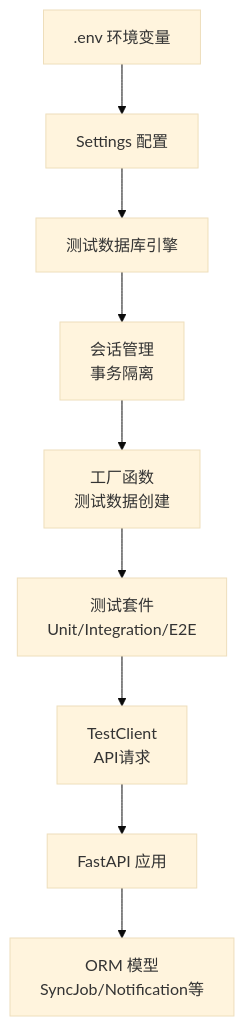
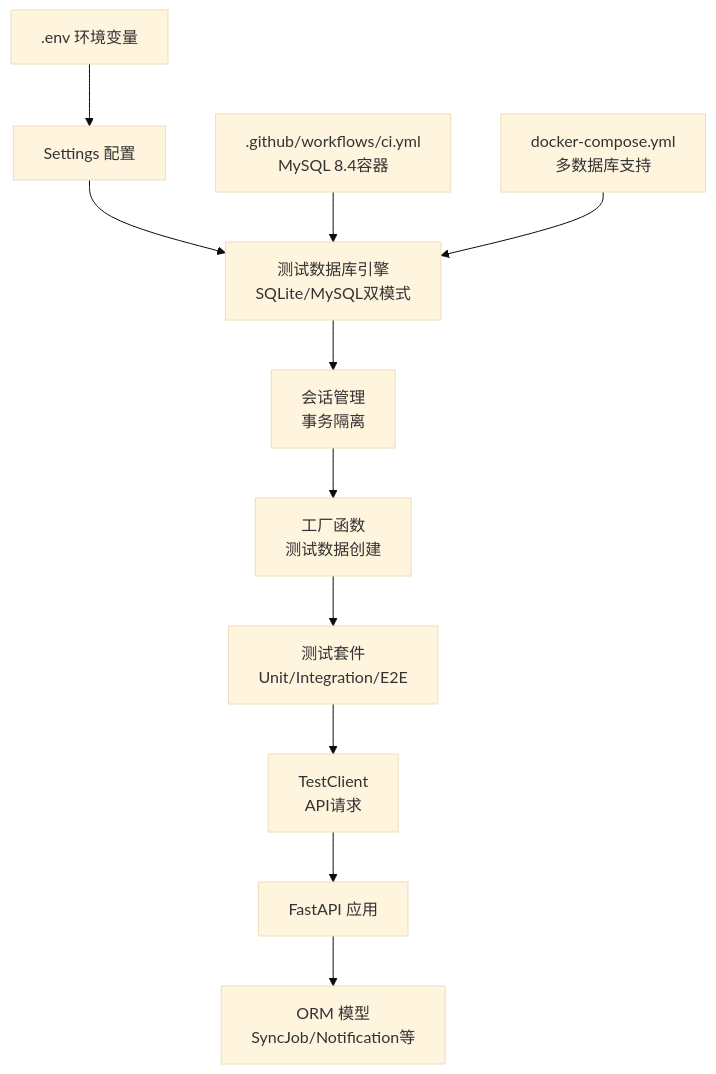
Before and after one commit to gujialind/InvestRing: the second of 4 diagrams in .qoder/repowiki/zh/content/开发指南/测试策略/测试环境配置.md, drawn with Mermaid (base theme). The commit also changed other lines of this file and 59 other files, not shown here.

````diff
--- a/.qoder/repowiki/zh/content/开发指南/测试策略/测试环境配置.md
+++ b/.qoder/repowiki/zh/content/开发指南/测试策略/测试环境配置.md
@@ -116,11 +133,13 @@
 ```mermaid
 graph TB
 ENV[".env 环境变量"] --> CFG["Settings 配置"]
-CFG --> DB["测试数据库引擎"]
+CFG --> DB["测试数据库引擎<br/>SQLite/MySQL双模式"]
 DB --> SESS["会话管理<br/>事务隔离"]
 SESS --> FACTS["工厂函数<br/>测试数据创建"]
 FACTS --> TESTS["测试套件<br/>Unit/Integration/E2E"]
 TESTS --> CLIENT["TestClient<br/>API请求"]
 CLIENT --> APP["FastAPI 应用"]
 APP --> MODELS["ORM 模型<br/>SyncJob/Notification等"]
+CI[".github/workflows/ci.yml<br/>MySQL 8.4容器"] --> DB
+DC["docker-compose.yml<br/>多数据库支持"] --> DB
 ```
````
